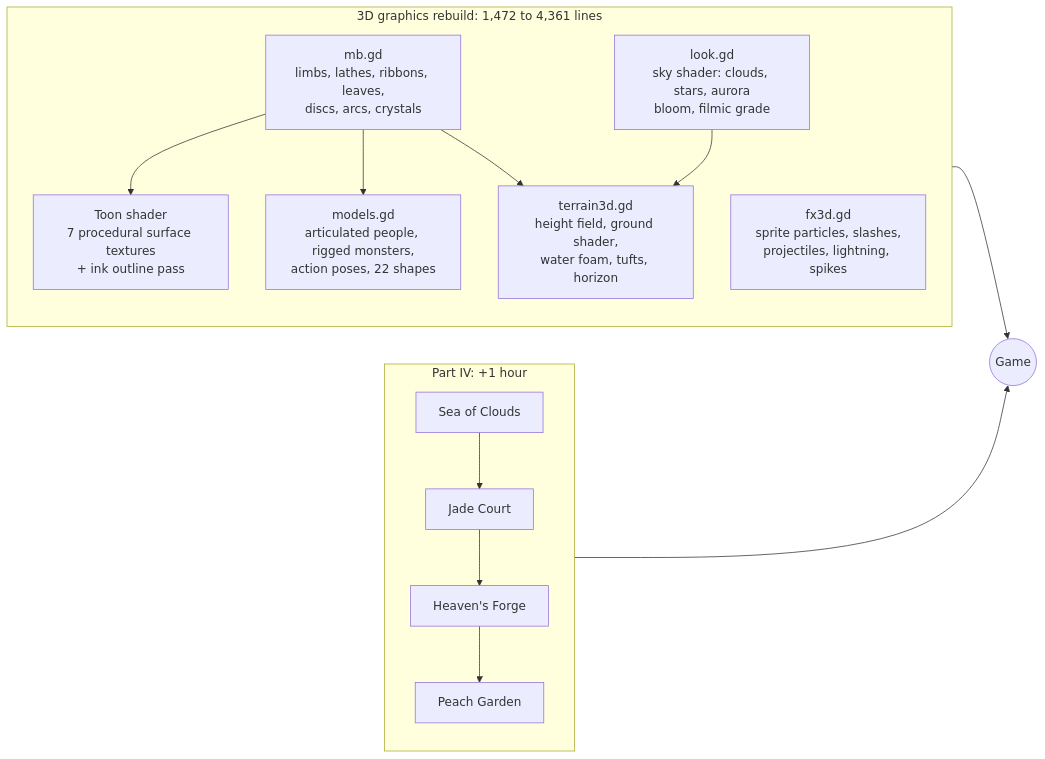
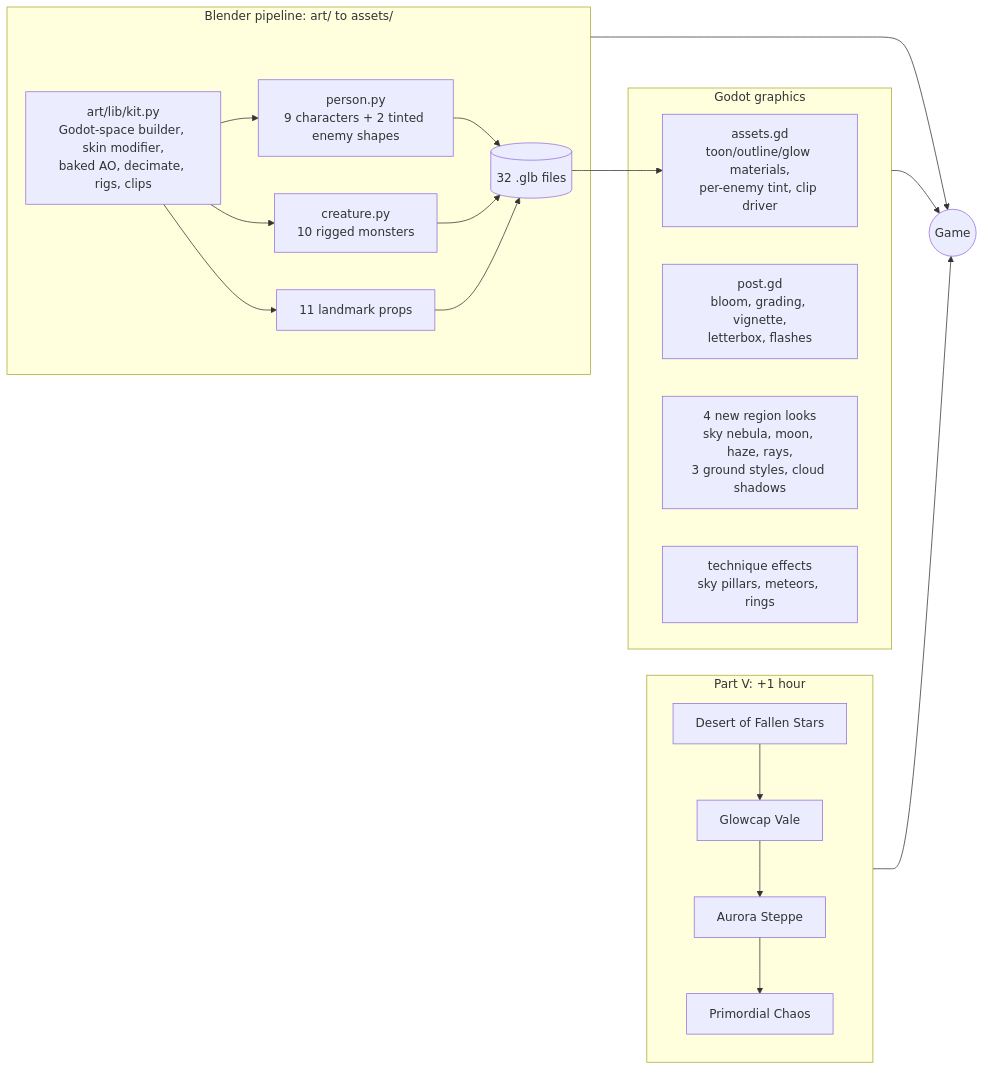
The first of 6 diagrams in README.md (jgyy/timegox), drawn with Mermaid before and after one commit. The commit also changed other lines of this file and 127 other files, not shown here.

Commit message:
Blender asset pipeline, graphics code doubled, Part V (+1 hour), bug fixes (#5)

````diff
--- a/README.md
+++ b/README.md
@@ -19,15 +19,23 @@
 ```mermaid
 flowchart LR
-    subgraph G[3D graphics rebuild: 1,472 to 4,361 lines]
-    MB[mb.gd<br/>limbs, lathes, ribbons, leaves,<br/>discs, arcs, crystals] --> SH[Toon shader<br/>7 procedural surface textures<br/>+ ink outline pass]
-    MB --> MO[models.gd<br/>articulated people, rigged monsters,<br/>action poses, 22 shapes]
-    MB --> TE[terrain3d.gd<br/>height field, ground shader,<br/>water foam, tufts, horizon]
-    LK[look.gd<br/>sky shader: clouds, stars, aurora<br/>bloom, filmic grade] --> TE
-    FX[fx3d.gd<br/>sprite particles, slashes,<br/>projectiles, lightning, spikes]
+    subgraph A[Blender pipeline: art/ to assets/]
+    KIT[art/lib/kit.py<br/>Godot-space builder, skin modifier,<br/>baked AO, decimate, rigs, clips] --> PER[person.py<br/>9 characters + 2 tinted enemy shapes]
+    KIT --> CRE[creature.py<br/>10 rigged monsters]
+    KIT --> PRO[11 landmark props]
+    PER --> GLB[(32 .glb files)]
+    CRE --> GLB
+    PRO --> GLB
     end
-    subgraph P[Part IV: +1 hour]
-    C1[Sea of Clouds] --> C2[Jade Court] --> C3[Heaven's Forge] --> C4[Peach Garden]
+    subgraph G[Godot graphics]
+    GLB --> AS[assets.gd<br/>toon/outline/glow materials,<br/>per-enemy tint, clip driver]
+    PF[post.gd<br/>bloom, grading, vignette,<br/>letterbox, flashes]
+    TH[4 new region looks<br/>sky nebula, moon, haze, rays,<br/>3 ground styles, cloud shadows]
+    FX[technique effects<br/>sky pillars, meteors, rings]
     end
-    G --> Play((Game))
+    subgraph P[Part V: +1 hour]
+    D1[Desert of Fallen Stars] --> D2[Glowcap Vale] --> D3[Aurora Steppe] --> D4[Primordial Chaos]
+    end
+    A --> Play((Game))
+    G --> Play
     P --> Play
 ```
````
